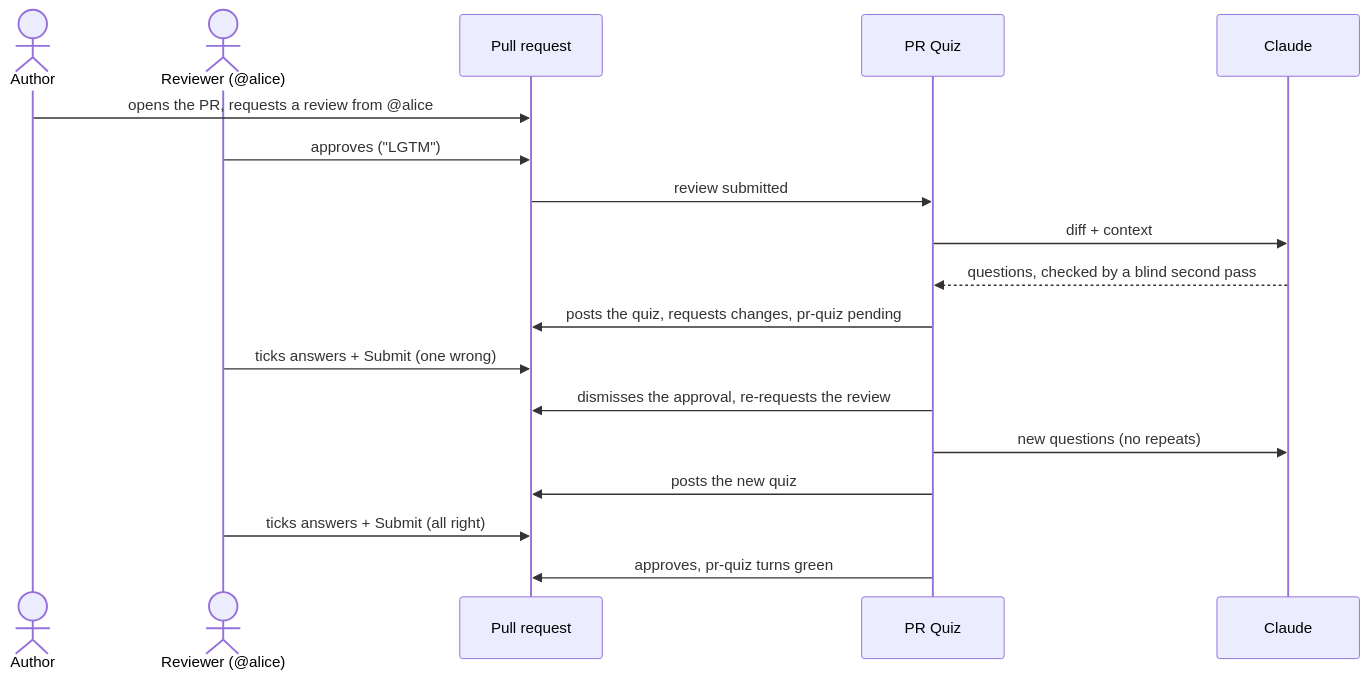
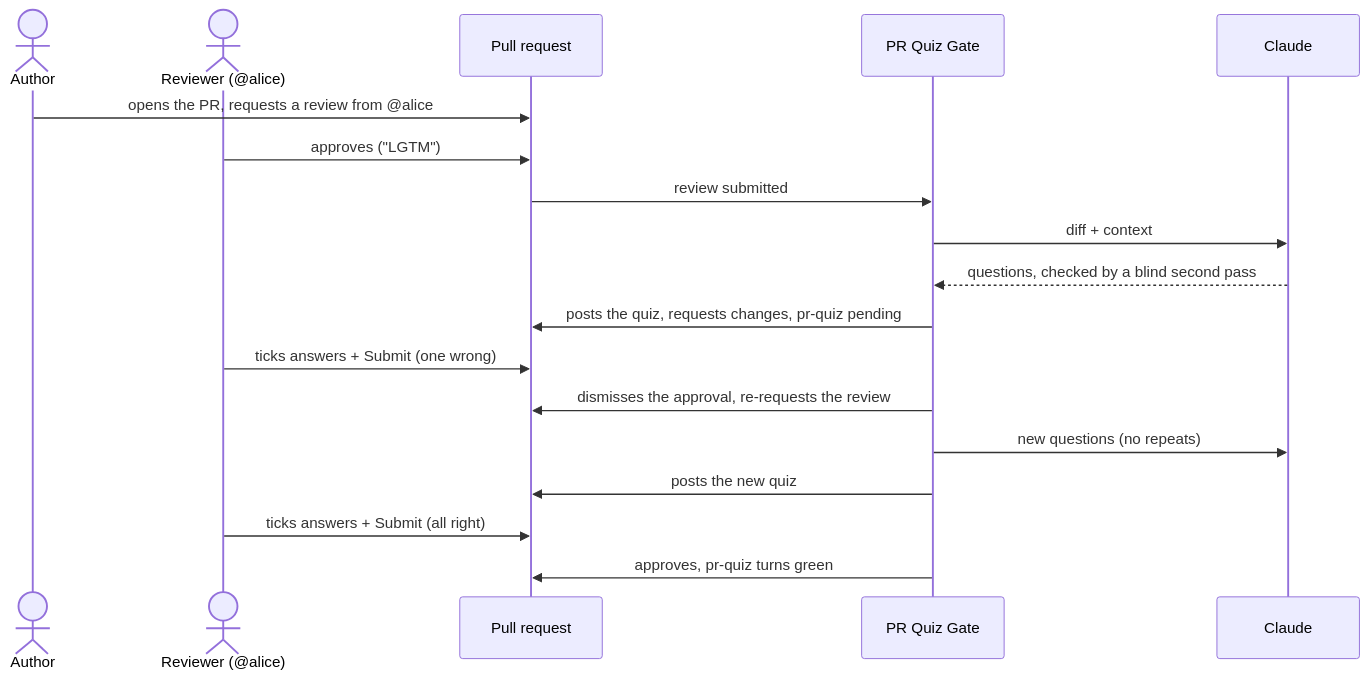
The diagram in README.md (michaelbeutler/pr-quiz), drawn with Mermaid before and after one commit. The commit also changed other lines of this file, not shown here.

````diff
--- a/README.md
+++ b/README.md
@@ -81,20 +81,20 @@
 ```mermaid
 sequenceDiagram
     actor Author
     actor Reviewer as Reviewer (@alice)
     participant PR as Pull request
-    participant Bot as PR Quiz
+    participant Bot as PR Quiz Gate
     participant Claude
     Author->>PR: opens the PR, requests a review from @alice
     Reviewer->>PR: approves ("LGTM")
     PR->>Bot: review submitted
     Bot->>Claude: diff + context
     Claude-->>Bot: questions, checked by a blind second pass
     Bot->>PR: posts the quiz, requests changes, pr-quiz pending
     Reviewer->>PR: ticks answers + Submit (one wrong)
     Bot->>PR: dismisses the approval, re-requests the review
     Bot->>Claude: new questions (no repeats)
     Bot->>PR: posts the new quiz
     Reviewer->>PR: ticks answers + Submit (all right)
     Bot->>PR: approves, pr-quiz turns green
 ```
````
